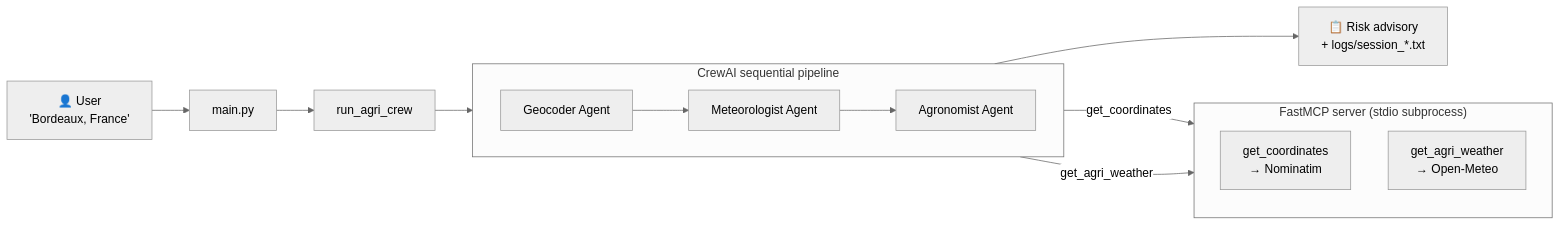
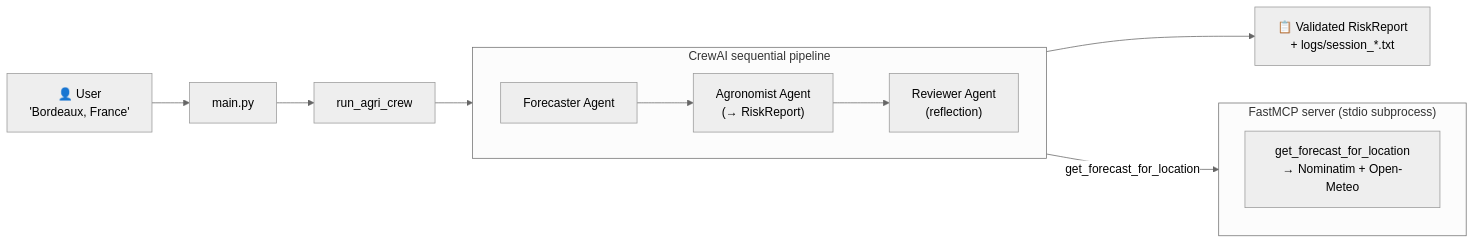
One commit to avishekanand18/weatherAgent changed the first of 2 diagrams in README.md. Above: the diagram before and after it, drawn with Mermaid (neutral theme). The commit also changed other lines of this file and 5 other files, not shown here.

````diff
--- a/README.md
+++ b/README.md
@@ -26,17 +79,15 @@
 ```mermaid
 flowchart LR
     U["👤 User<br/>'Bordeaux, France'"] --> M[main.py]
     M --> R[run_agri_crew]
     subgraph CREW["CrewAI sequential pipeline"]
         direction LR
-        G["Geocoder Agent"] --> ME["Meteorologist Agent"] --> A["Agronomist Agent"]
+        F["Forecaster Agent"] --> A["Agronomist Agent<br/>(→ RiskReport)"] --> RV["Reviewer Agent<br/>(reflection)"]
     end
     R --> CREW
-    G  -- get_coordinates  --> SRV
-    ME -- get_agri_weather --> SRV
+    F -- get_forecast_for_location --> SRV
     subgraph SRV["FastMCP server (stdio subprocess)"]
-        T1["get_coordinates<br/>→ Nominatim"]
-        T2["get_agri_weather<br/>→ Open-Meteo"]
+        T1["get_forecast_for_location<br/>→ Nominatim + Open-Meteo"]
     end
-    A --> OUT["📋 Risk advisory<br/>+ logs/session_*.txt"]
+    RV --> OUT["📋 Validated RiskReport<br/>+ logs/session_*.txt"]
 ```
````
